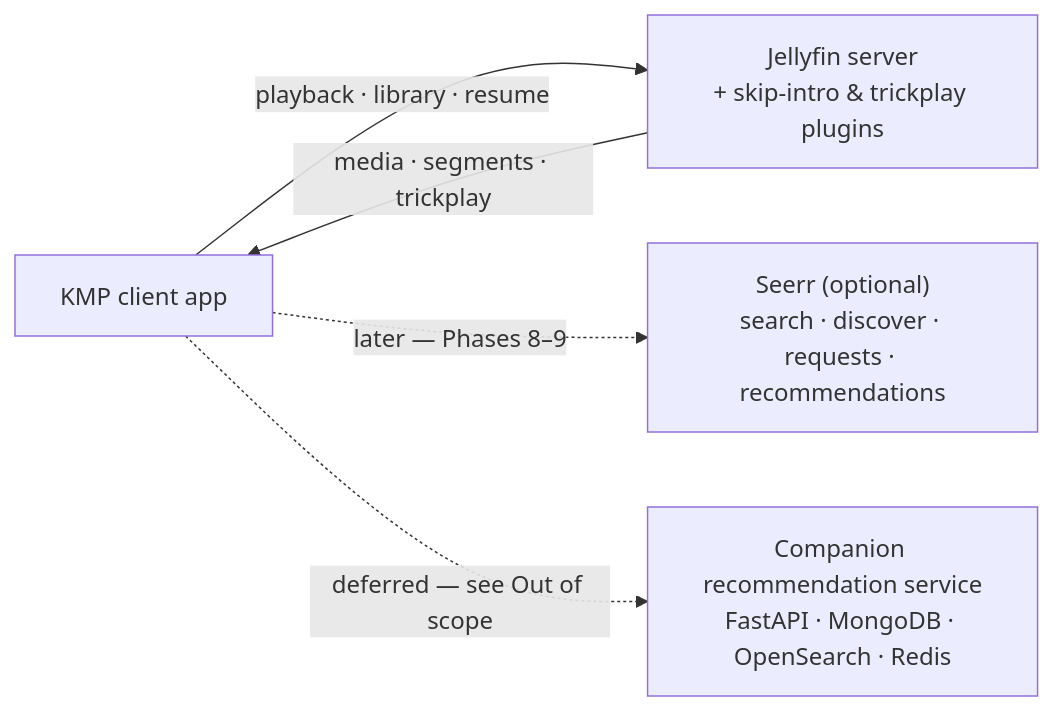
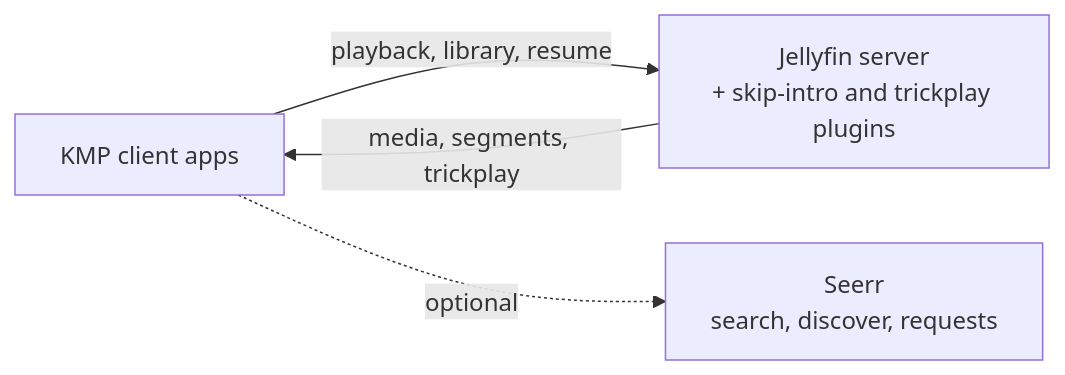
One commit to VibeyFin/VibeyFin changed the second of 2 diagrams in docs/ROADMAP.md. Above: the diagram before and after it, drawn with Mermaid. The commit also changed other lines of this file and 9 other files, not shown here.

First line of the commit message:
feat: separate debug and release app IDs with a Debug icon, refresh roadmap (#147)

````diff
--- a/docs/ROADMAP.md
+++ b/docs/ROADMAP.md
@@ -52,7 +65,6 @@
 ```mermaid
 flowchart LR
-  Client["KMP client app"] -->|"playback · library · resume"| Jellyfin["Jellyfin server<br/>+ skip-intro & trickplay plugins"]
-  Jellyfin -->|"media · segments · trickplay"| Client
-  Client -. "later — Phases 8–9" .-> Seerr["Seerr (optional)<br/>search · discover · requests · recommendations"]
-  Client -. "deferred — see Out of scope" .-> Companion["Companion recommendation service<br/>FastAPI · MongoDB · OpenSearch · Redis"]
+  Client["KMP client apps"] -->|"playback, library, resume"| Jellyfin["Jellyfin server<br/>+ skip-intro and trickplay plugins"]
+  Jellyfin -->|"media, segments, trickplay"| Client
+  Client -. "optional" .-> Seerr["Seerr<br/>search, discover, requests"]
 ```
````
